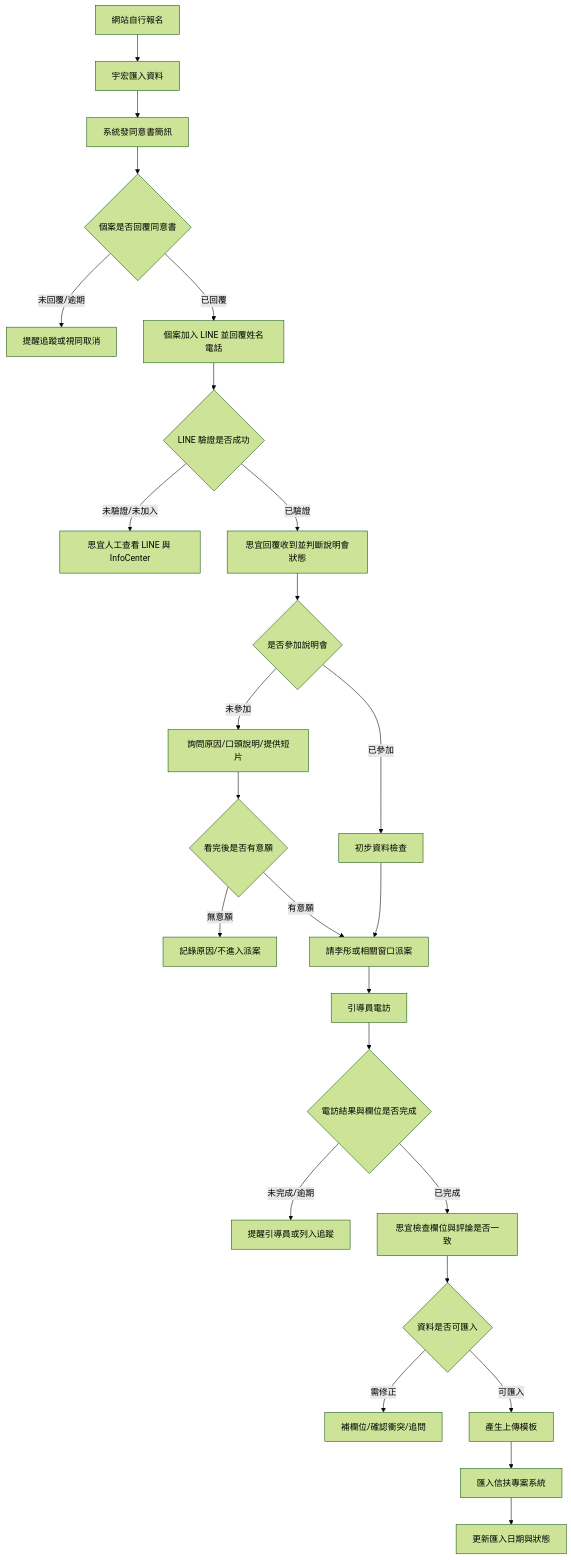
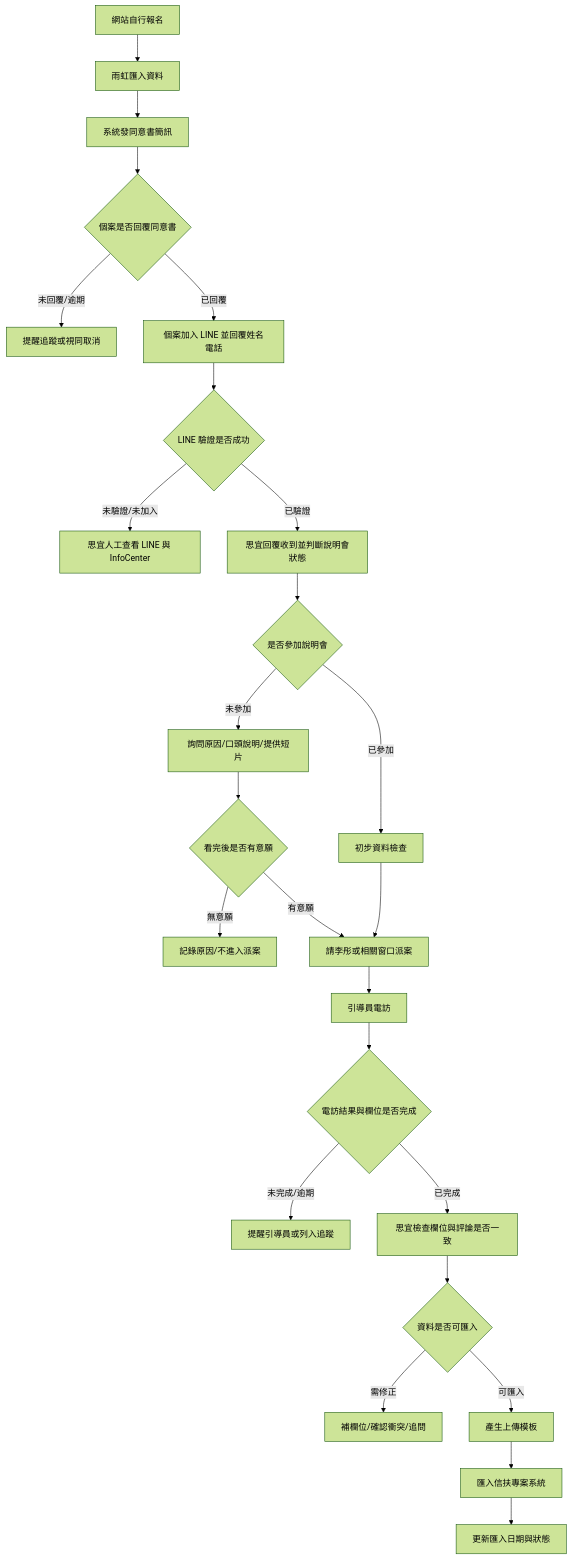
The first of 3 diagrams in siyi-requirements-analysis.md (Kevin-Yeh-egroup/siyi-infocenter-codex-workflow-report), drawn with Mermaid (forest theme) before and after one commit. The commit also changed other lines of this file and 1 other file, not shown here.

````diff
--- a/siyi-requirements-analysis.md
+++ b/siyi-requirements-analysis.md
@@ -40,27 +40,27 @@
 ```mermaid
 flowchart TD
-  A["網站自行報名"] --> B["宇宏匯入資料"]
+  A["網站自行報名"] --> B["雨虹匯入資料"]
   B --> C["系統發同意書簡訊"]
   C --> D{"個案是否回覆同意書"}
   D -- "未回覆/逾期" --> D1["提醒追蹤或視同取消"]
   D -- "已回覆" --> E["個案加入 LINE 並回覆姓名電話"]
   E --> F{"LINE 驗證是否成功"}
   F -- "未驗證/未加入" --> F1["思宜人工查看 LINE 與 InfoCenter"]
   F -- "已驗證" --> G["思宜回覆收到並判斷說明會狀態"]
   G --> H{"是否參加說明會"}
   H -- "已參加" --> I["初步資料檢查"]
   H -- "未參加" --> J["詢問原因/口頭說明/提供短片"]
   J --> K{"看完後是否有意願"}
   K -- "無意願" --> K1["記錄原因/不進入派案"]
   K -- "有意願" --> L["請李彤或相關窗口派案"]
   I --> L
   L --> M["引導員電訪"]
   M --> N{"電訪結果與欄位是否完成"}
   N -- "未完成/逾期" --> N1["提醒引導員或列入追蹤"]
   N -- "已完成" --> O["思宜檢查欄位與評論是否一致"]
   O --> P{"資料是否可匯入"}
   P -- "需修正" --> P1["補欄位/確認衝突/追問"]
   P -- "可匯入" --> Q["產生上傳模板"]
   Q --> R["匯入信扶專案系統"]
   R --> S["更新匯入日期與狀態"]
 ```
````
